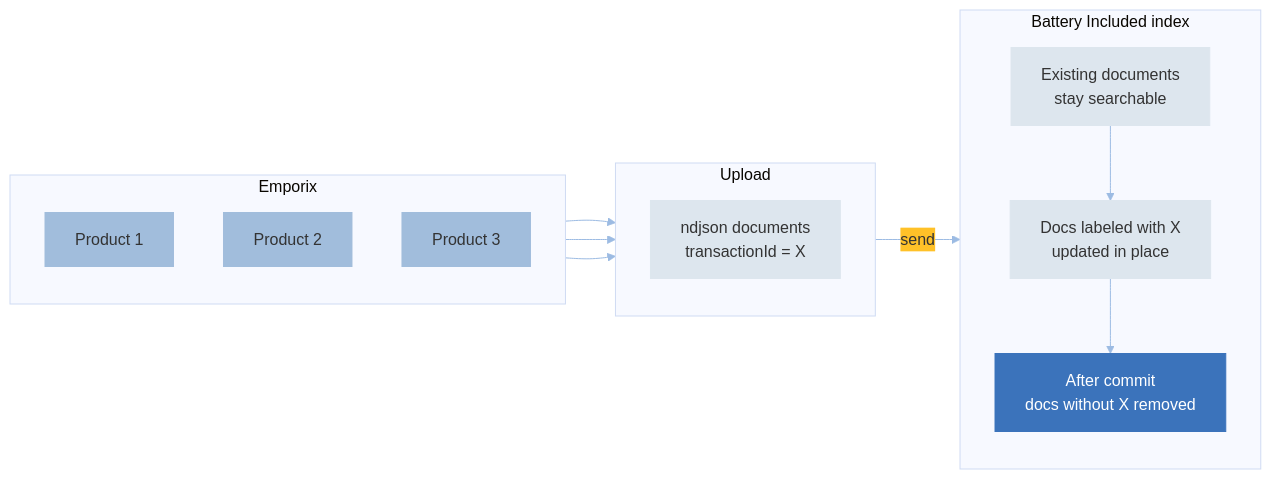
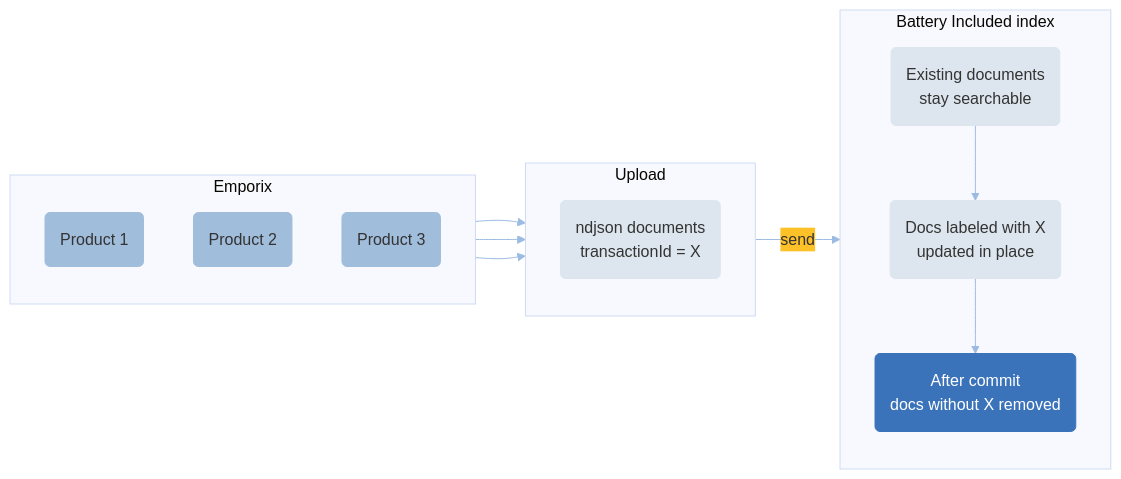
One commit to emporix/api-references changed the diagram in configuration/indexing-service/indexing.md. Above: the diagram before and after it, drawn with Mermaid. The commit also changed other lines of this file, not shown here.

````diff
--- a/configuration/indexing-service/indexing.md
+++ b/configuration/indexing-service/indexing.md
@@ -210,47 +297,55 @@
 ```mermaid
 ---
 config:
   layout: fixed
   theme: base
   look: classic
   themeVariables:
     background: transparent
     lineColor: "#9CBBE3"
     arrowheadColor: "#9CBBE3"
     edgeLabelBackground: "#FFC128"
     edgeLabelTextColor: "#4C5359"
 ---
 flowchart LR
   subgraph EMP["Emporix"]
     direction TB
     P1["Product 1"]
     P2["Product 2"]
     P3["Product 3"]
   end
 
   subgraph UPLOAD["Upload"]
     direction TB
     ND["ndjson documents<br/>transactionId = X"]
   end
 
   subgraph BI["Battery Included index"]
     direction TB
     KEEP["Existing documents<br/>stay searchable"]
     LABELED["Docs labeled with X<br/>updated in place"]
     CLEAN["After commit<br/>docs without X removed"]
   end
 
   P1 --> ND
   P2 --> ND
   P3 --> ND
   ND -->|send| LABELED
   KEEP --> LABELED
   LABELED --> CLEAN
 
+  P1@{ shape: rounded}
+  P2@{ shape: rounded}
+  P3@{ shape: rounded}
+  ND@{ shape: rounded}
+  KEEP@{ shape: rounded}
+  LABELED@{ shape: rounded}
+  CLEAN@{ shape: rounded}
+
   classDef Class_01 stroke-width:1px,stroke:#A1BDDC,fill:#A1BDDC
   classDef Class_02 stroke-width:1px,stroke:#DDE6EE,fill:#DDE6EE
   classDef Class_03 stroke-width:1px,stroke:#3B73BB,fill:#3B73BB,color:#FFFFFF
   class P1,P2,P3 Class_01
   class ND,KEEP,LABELED Class_02
   class CLEAN Class_03
 ```
````
